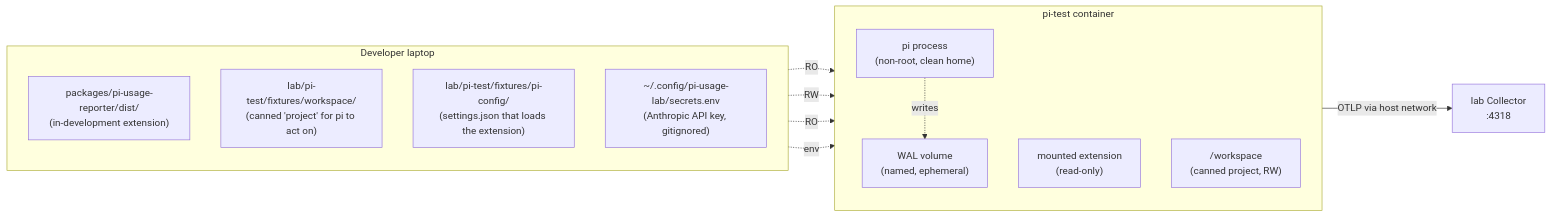
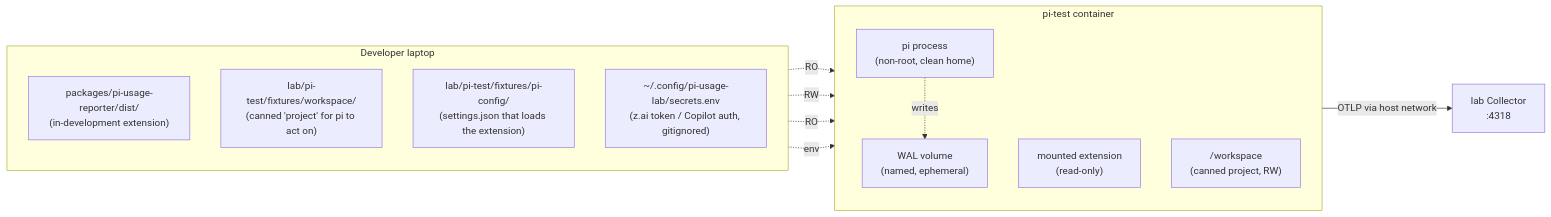
One commit to vilosource/agent-spend-dashboard changed the third of 5 diagrams in docs/strategy/local-lab-STRATEGY.md. Above: the diagram before and after it, drawn with Mermaid. The commit also changed other lines of this file and 1 other file, not shown here.

````diff
--- a/docs/strategy/local-lab-STRATEGY.md
+++ b/docs/strategy/local-lab-STRATEGY.md
@@ -207,25 +207,25 @@
 ```mermaid
 flowchart LR
   subgraph host["Developer laptop"]
     direction TB
     src["packages/pi-usage-reporter/dist/<br/>(in-development extension)"]
     fixture["lab/pi-test/fixtures/workspace/<br/>(canned 'project' for pi to act on)"]
     config["lab/pi-test/fixtures/pi-config/<br/>(settings.json that loads the extension)"]
-    secrets["~/.config/pi-usage-lab/secrets.env<br/>(Anthropic API key, gitignored)"]
+    secrets["~/.config/pi-usage-lab/secrets.env<br/>(z.ai token / Copilot auth, gitignored)"]
   end
 
   subgraph container["pi-test container"]
     direction TB
     pi["pi process<br/>(non-root, clean home)"]
     ext_mount["mounted extension<br/>(read-only)"]
     wal["WAL volume<br/>(named, ephemeral)"]
     workspace_mount["/workspace<br/>(canned project, RW)"]
   end
 
   src -.RO.-> ext_mount
   fixture -.RW.-> workspace_mount
   config -.RO.-> pi
   secrets -.env.-> pi
   pi -->|OTLP via host network| host_collector["lab Collector<br/>:4318"]
   pi -.writes.-> wal
 ```
````
